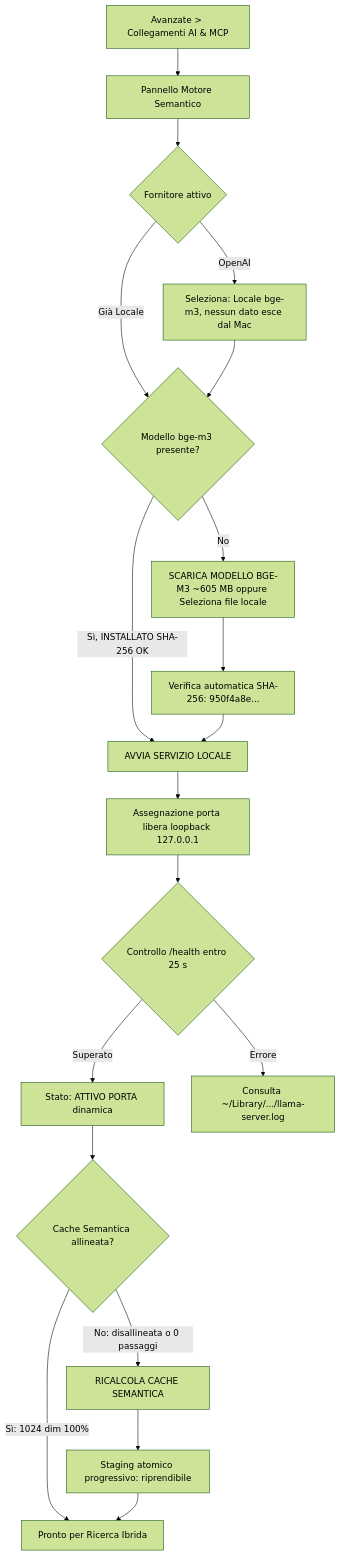
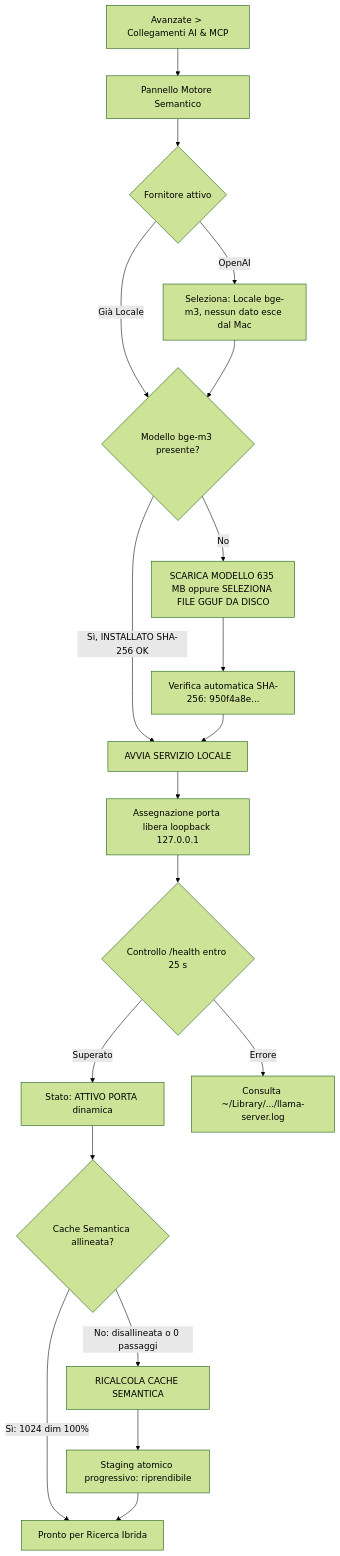
Before and after one commit to cesarenegro/vault_memai_obsi: diagram 19 of 22 in HELP/04_WORKFLOW.md, drawn with Mermaid (forest theme). The commit also changed other lines of this file and 8 other files, not shown here.

````diff
--- a/HELP/04_WORKFLOW.md
+++ b/HELP/04_WORKFLOW.md
@@ -303,21 +303,21 @@
 ```mermaid
 flowchart TD
   A[Avanzate > Collegamenti AI & MCP] --> B[Pannello Motore Semantico]
   B --> C{Fornitore attivo}
   C -- OpenAI --> D[Seleziona: Locale bge-m3, nessun dato esce dal Mac]
   C -- Già Locale --> E{Modello bge-m3 presente?}
   D --> E
-  E -- No --> F[SCARICA MODELLO BGE-M3 ~605 MB oppure Seleziona file locale]
+  E -- No --> F[SCARICA MODELLO 635 MB oppure SELEZIONA FILE GGUF DA DISCO]
   F --> G[Verifica automatica SHA-256: 950f4a8e...]
   E -- Sì, INSTALLATO SHA-256 OK --> H[AVVIA SERVIZIO LOCALE]
   G --> H
   H --> I[Assegnazione porta libera loopback 127.0.0.1]
   I --> J{Controllo /health entro 25 s}
   J -- Superato --> K[Stato: ATTIVO PORTA dinamica]
   J -- Errore --> L[Consulta ~/Library/.../llama-server.log]
   K --> M{Cache Semantica allineata?}
   M -- Sì: 1024 dim 100% --> N[Pronto per Ricerca Ibrida]
   M -- No: disallineata o 0 passaggi --> O[RICALCOLA CACHE SEMANTICA]
   O --> P[Staging atomico progressivo: riprendibile]
   P --> N
 ```
````
